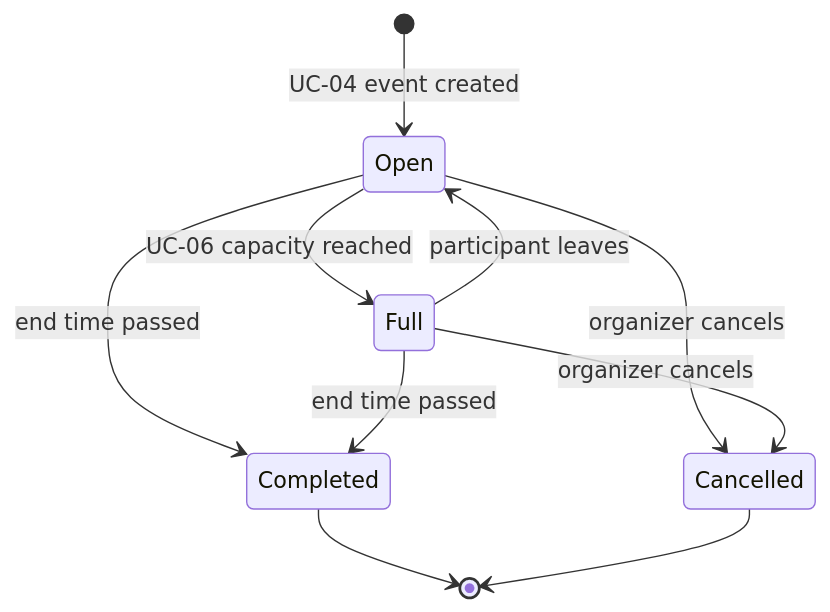
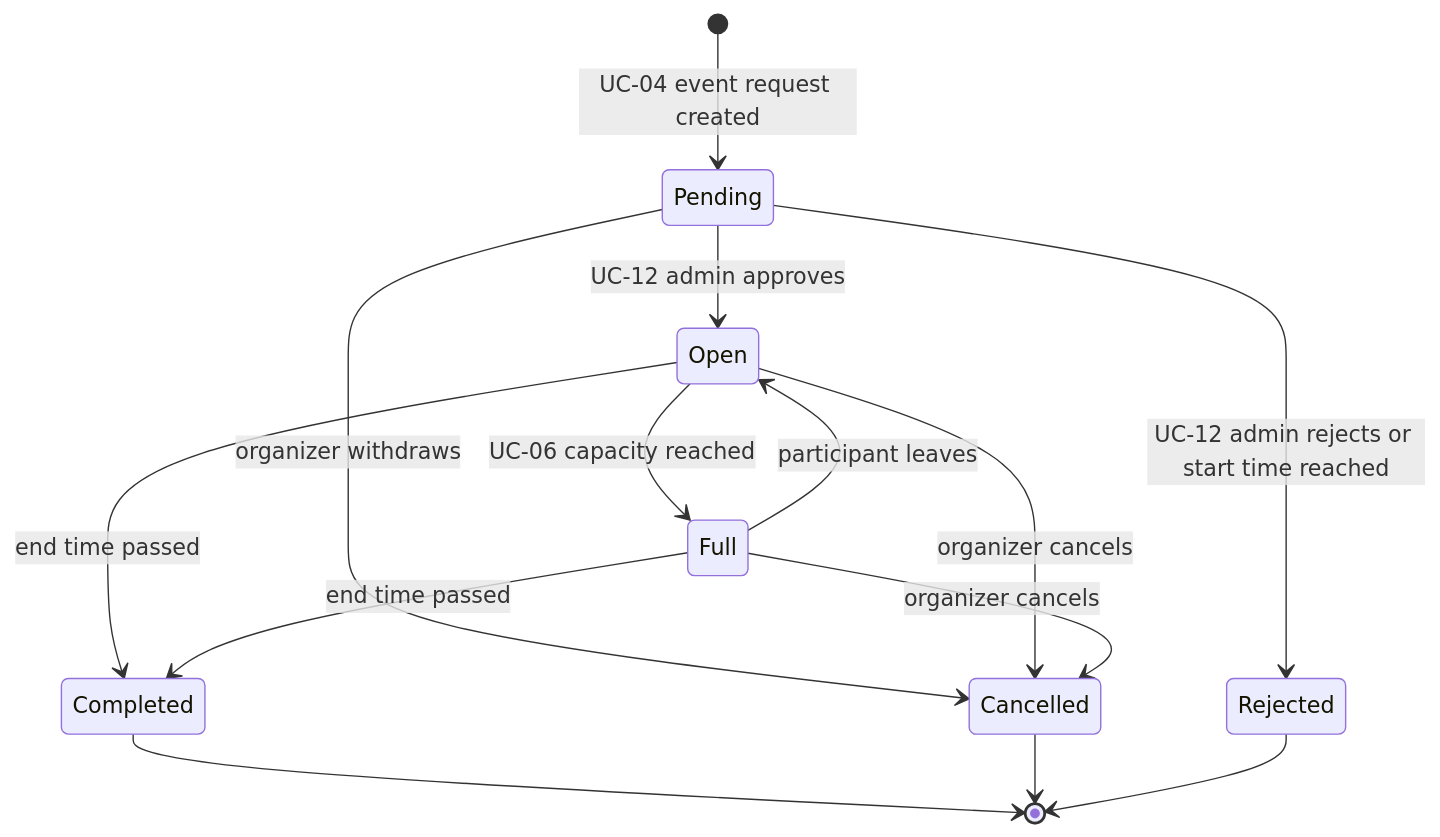
Before and after one commit to emir-heval-arda-harun/CMPE-331-project: the seventh of 8 diagrams in docs/requirement_analysis_report.md, drawn with Mermaid. The commit also changed other lines of this file and 56 other files, not shown here.

First line of the commit message:
CR-01: Admin approval of event requests (UC-12)

````diff
--- a/docs/requirement_analysis_report.md
+++ b/docs/requirement_analysis_report.md
@@ -406,12 +415,16 @@
 ```mermaid
 stateDiagram-v2
-    [*] --> Open : UC-04 event created
+    [*] --> Pending : UC-04 event request created
+    Pending --> Open : UC-12 admin approves
+    Pending --> Rejected : UC-12 admin rejects or start time reached
+    Pending --> Cancelled : organizer withdraws
     Open --> Full : UC-06 capacity reached
     Full --> Open : participant leaves
     Open --> Cancelled : organizer cancels
     Full --> Cancelled : organizer cancels
     Open --> Completed : end time passed
     Full --> Completed : end time passed
     Completed --> [*]
     Cancelled --> [*]
+    Rejected --> [*]
 ```
````
